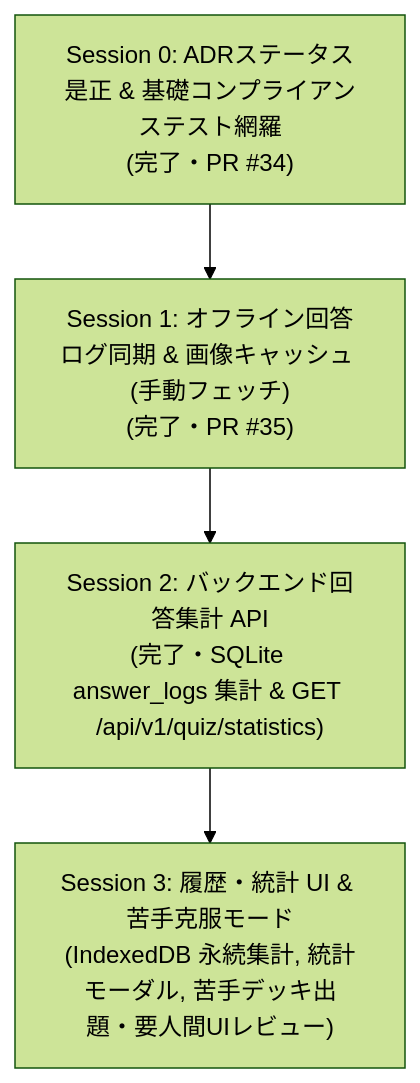
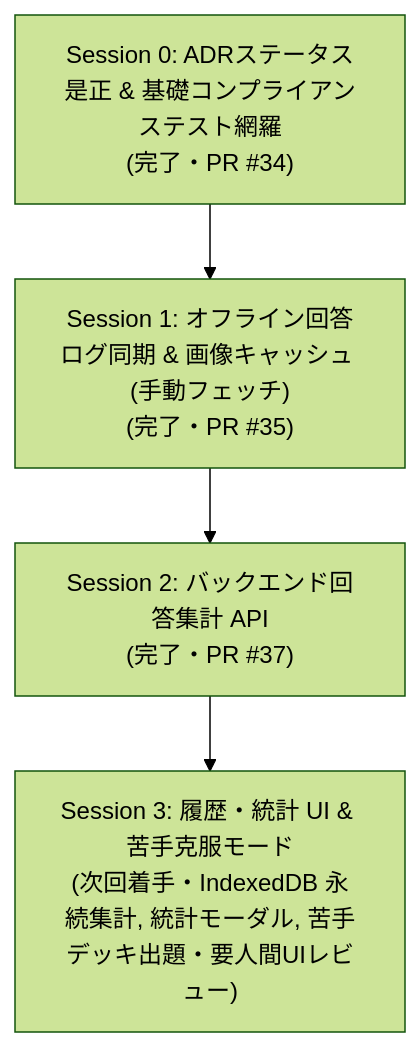
The diagram in docs/notes/13_adr_gap_resolution_and_session_roadmap.md (AobaIwaki123/penlight-v2), drawn with Mermaid (forest theme) before and after one commit. The commit also changed other lines of this file, not shown here.

Commit message:
docs(notes): update note 13 roadmap with completed session 2 (PR #37)

````diff
--- a/docs/notes/13_adr_gap_resolution_and_session_roadmap.md
+++ b/docs/notes/13_adr_gap_resolution_and_session_roadmap.md
@@ -29,9 +29,9 @@
 ```mermaid
 flowchart TD
     S0["Session 0: ADRステータス是正 & 基礎コンプライアンステスト網羅<br/>(完了・PR #34)"]
     S1["Session 1: オフライン回答ログ同期 & 画像キャッシュ (手動フェッチ)<br/>(完了・PR #35)"]
-    S2["Session 2: バックエンド回答集計 API<br/>(完了・SQLite answer_logs 集計 & GET /api/v1/quiz/statistics)"]
-    S3["Session 3: 履歴・統計 UI & 苦手克服モード<br/>(IndexedDB 永続集計, 統計モーダル, 苦手デッキ出題・要人間UIレビュー)"]
+    S2["Session 2: バックエンド回答集計 API<br/>(完了・PR #37)"]
+    S3["Session 3: 履歴・統計 UI & 苦手克服モード<br/>(次回着手・IndexedDB 永続集計, 統計モーダル, 苦手デッキ出題・要人間UIレビュー)"]
 
     S0 --> S1 --> S2 --> S3
 ```
````
